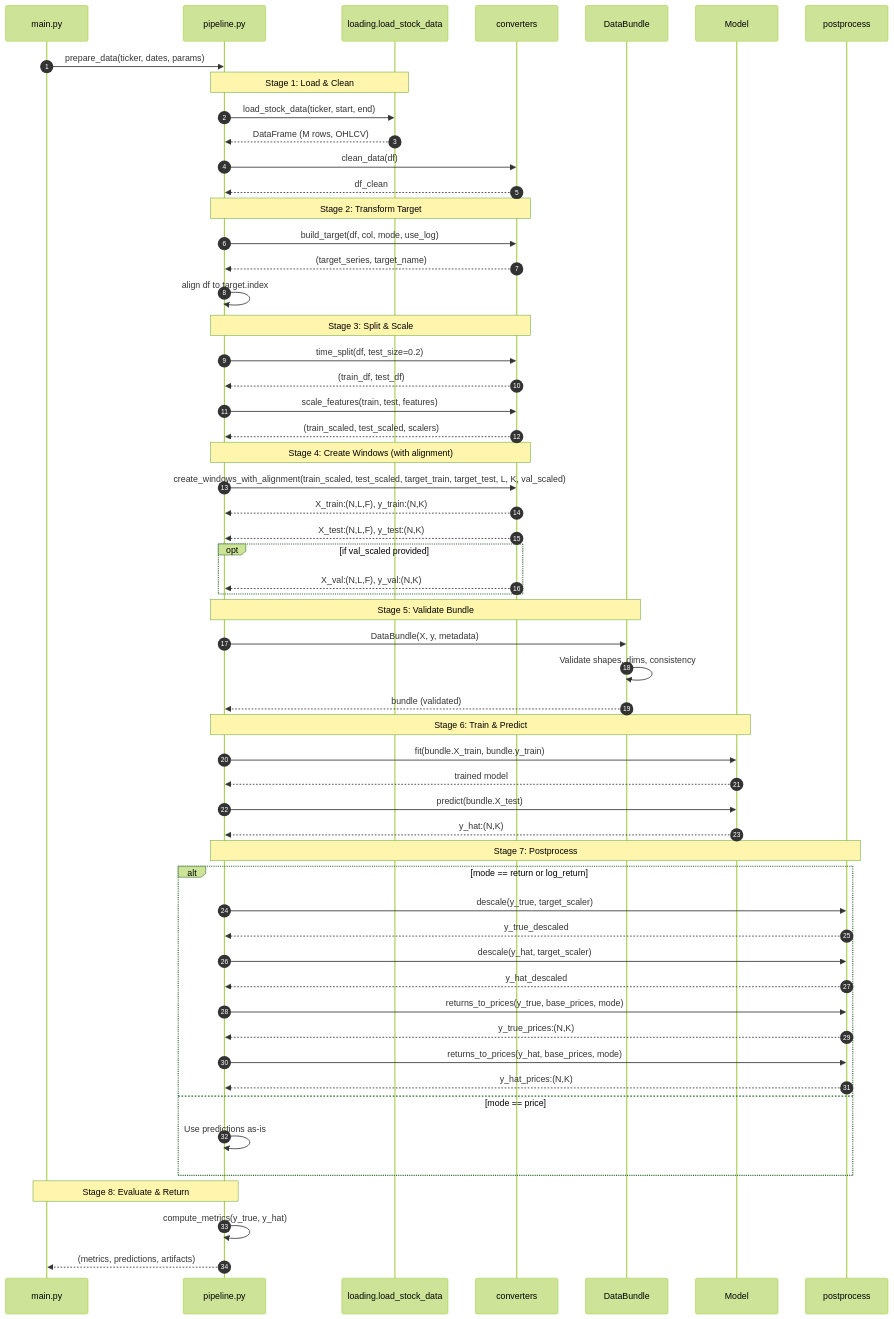
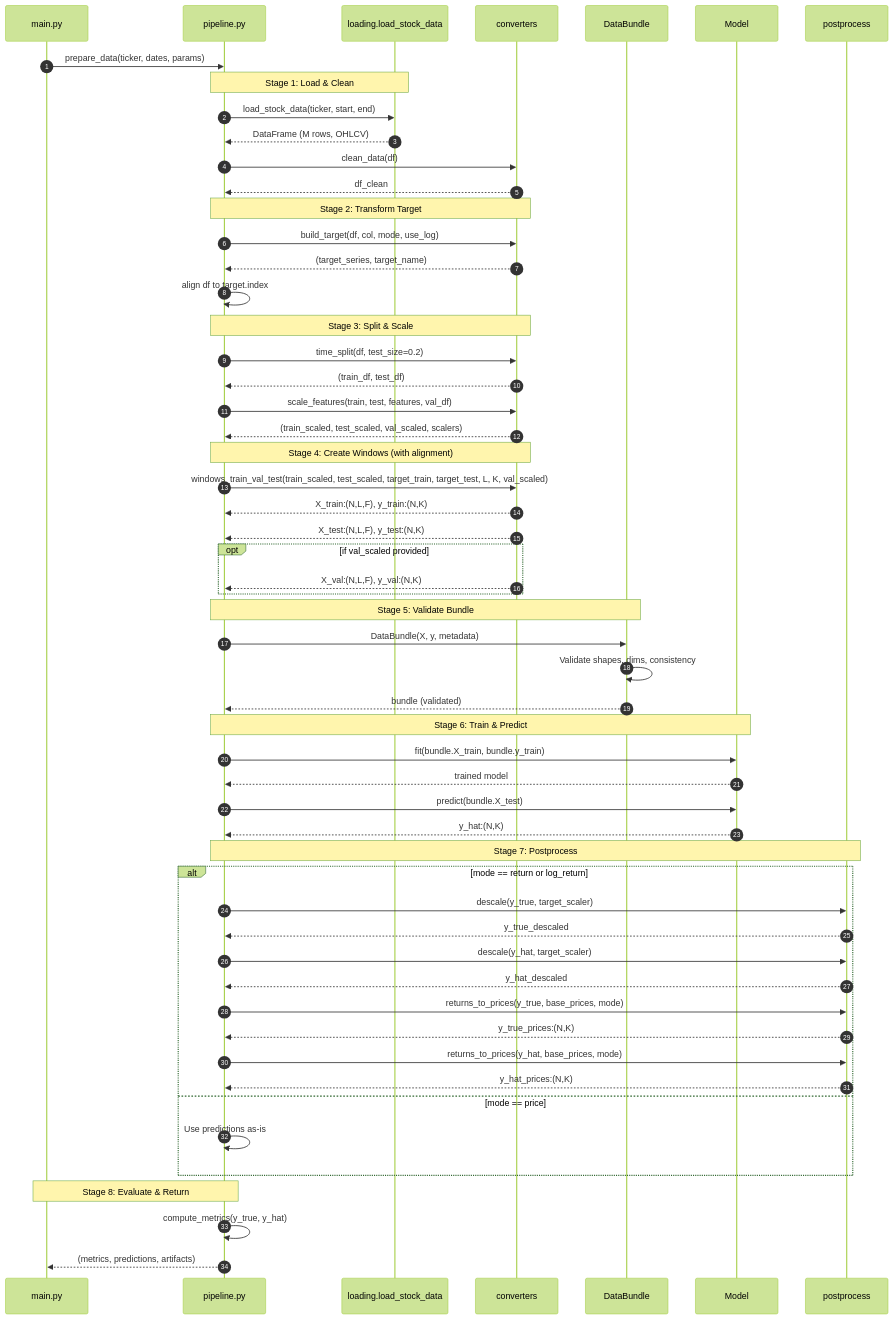
The third of 3 diagrams in architecture.md (Leissha/stock_prediction), drawn with Mermaid (forest theme) before and after one commit. The commit also changed other lines of this file and 3 other files, not shown here.

Commit message:
update readme & architecture doc

````diff
--- a/architecture.md
+++ b/architecture.md
@@ -369,67 +393,67 @@
 ```mermaid
 sequenceDiagram
     autonumber
     participant CLI as main.py
     participant PL as pipeline.py
     participant LD as loading.load_stock_data
     participant CV as converters
     participant SC as DataBundle
     participant M as Model
     participant PP as postprocess
 
     CLI->>PL: prepare_data(ticker, dates, params)
 
     Note over PL,LD: Stage 1: Load & Clean
     PL->>LD: load_stock_data(ticker, start, end)
     LD-->>PL: DataFrame (M rows, OHLCV)
     PL->>CV: clean_data(df)
     CV-->>PL: df_clean
 
     Note over PL,CV: Stage 2: Transform Target
     PL->>CV: build_target(df, col, mode, use_log)
     CV-->>PL: (target_series, target_name)
     PL->>PL: align df to target.index
 
     Note over PL,CV: Stage 3: Split & Scale
     PL->>CV: time_split(df, test_size=0.2)
     CV-->>PL: (train_df, test_df)
-    PL->>CV: scale_features(train, test, features)
-    CV-->>PL: (train_scaled, test_scaled, scalers)
+    PL->>CV: scale_features(train, test, features, val_df)
+    CV-->>PL: (train_scaled, test_scaled, val_scaled, scalers)
 
     Note over PL,CV: Stage 4: Create Windows (with alignment)
-    PL->>CV: create_windows_with_alignment(train_scaled, test_scaled, target_train, target_test, L, K, val_scaled)
+    PL->>CV: windows_train_val_test(train_scaled, test_scaled, target_train, target_test, L, K, val_scaled)
     CV-->>PL: X_train:(N,L,F), y_train:(N,K)
     CV-->>PL: X_test:(N,L,F), y_test:(N,K)
     opt if val_scaled provided
         CV-->>PL: X_val:(N,L,F), y_val:(N,K)
     end
 
     Note over PL,SC: Stage 5: Validate Bundle
     PL->>SC: DataBundle(X, y, metadata)
     SC->>SC: Validate shapes, dims, consistency
     SC-->>PL: bundle (validated)
 
     Note over PL,M: Stage 6: Train & Predict
     PL->>M: fit(bundle.X_train, bundle.y_train)
     M-->>PL: trained model
     PL->>M: predict(bundle.X_test)
     M-->>PL: y_hat:(N,K)
 
     Note over PL,PP: Stage 7: Postprocess
     alt mode == return or log_return
         PL->>PP: descale(y_true, target_scaler)
         PP-->>PL: y_true_descaled
         PL->>PP: descale(y_hat, target_scaler)
         PP-->>PL: y_hat_descaled
         PL->>PP: returns_to_prices(y_true, base_prices, mode)
         PP-->>PL: y_true_prices:(N,K)
         PL->>PP: returns_to_prices(y_hat, base_prices, mode)
         PP-->>PL: y_hat_prices:(N,K)
     else mode == price
         PL->>PL: Use predictions as-is
     end
 
     Note over PL,CLI: Stage 8: Evaluate & Return
     PL->>PL: compute_metrics(y_true, y_hat)
     PL-->>CLI: (metrics, predictions, artifacts)
 ```
````
